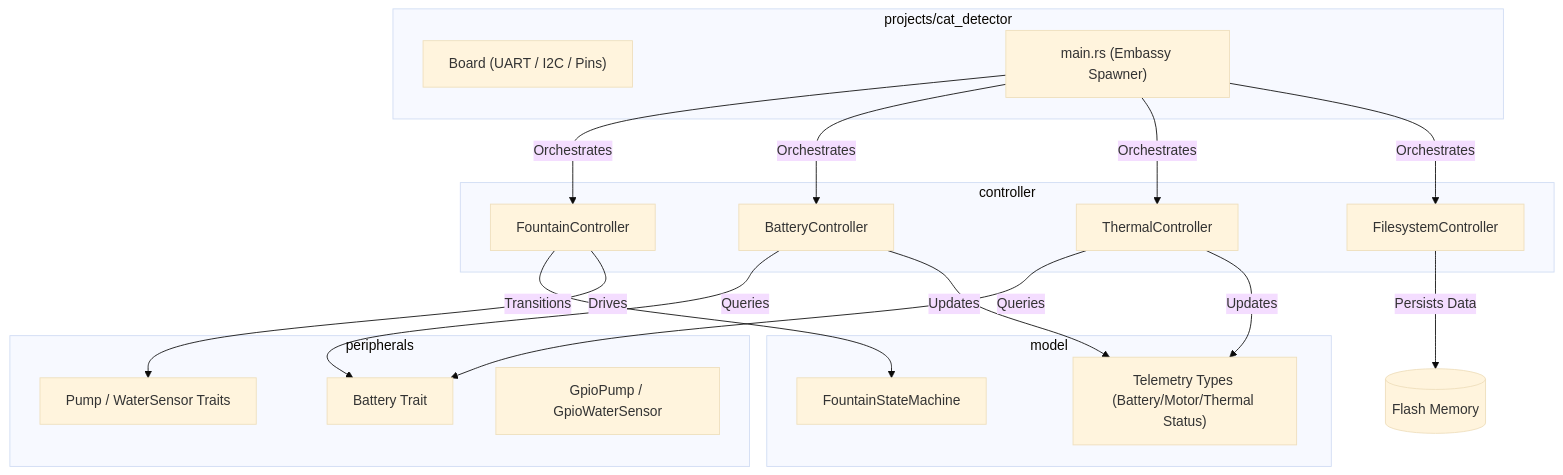
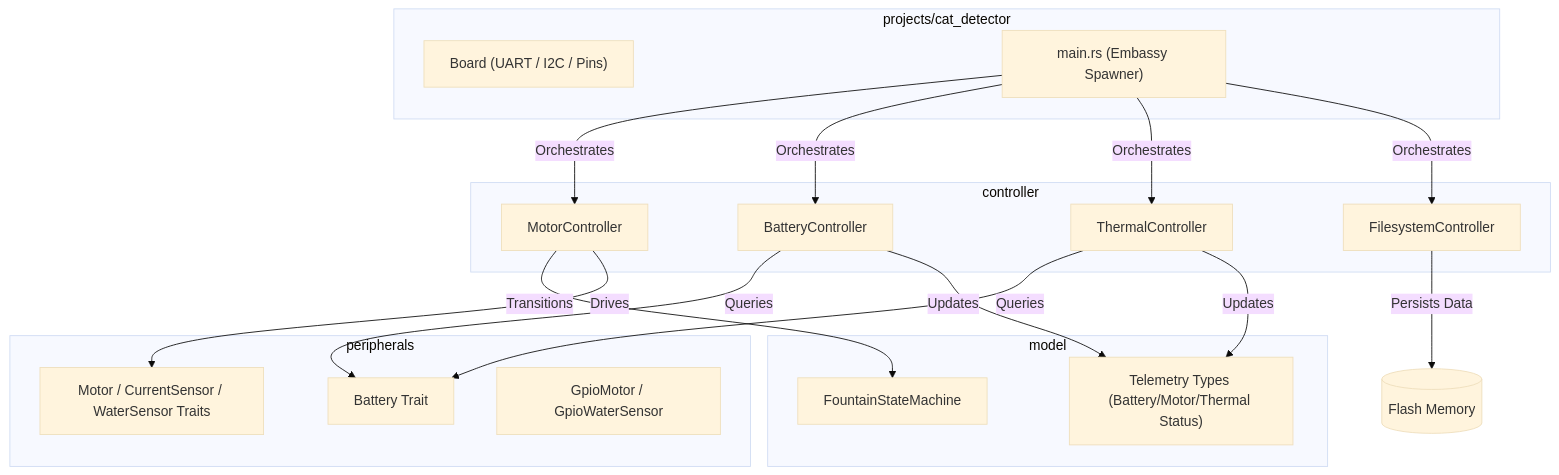
Before and after one commit to picklethecat1488-hue/firmware: the first of 2 diagrams in projects/cat_detector.md, drawn with Mermaid (base theme). The commit also changed other lines of this file and 41 other files, not shown here.

````diff
--- a/projects/cat_detector.md
+++ b/projects/cat_detector.md
@@ -11,32 +11,32 @@
 ```mermaid
 graph TD
     subgraph Controller Crate [controller]
-        FC["FountainController"]
+        MC["MotorController"]
         BC["BatteryController"]
         TC["ThermalController"]
         FSC["FilesystemController"]
     end
 
     subgraph Model Crate [model]
         FSM["FountainStateMachine"]
         TS["Telemetry Types (Battery/Motor/Thermal Status)"]
     end
 
     subgraph Peripherals Crate [peripherals]
-        PT["Pump / WaterSensor Traits"]
+        PT["Motor / CurrentSensor / WaterSensor Traits"]
         BT["Battery Trait"]
-        GP["GpioPump / GpioWaterSensor"]
+        GM["GpioMotor / GpioWaterSensor"]
     end
 
     subgraph BSP / Target [projects/cat_detector]
         Board["Board (UART / I2C / Pins)"]
         Main["main.rs (Embassy Spawner)"]
     end
 
-    Main -->|Orchestrates| FC & BC & TC & FSC
-    FC -->|Transitions| FSM
-    FC -->|Drives| PT
+    Main -->|Orchestrates| MC & BC & TC & FSC
+    MC -->|Transitions| FSM
+    MC -->|Drives| PT
     BC & TC -->|Queries| BT
     BC & TC -->|Updates| TS
     FSC -->|Persists Data| Flash[("Flash Memory")]
 ```
````
